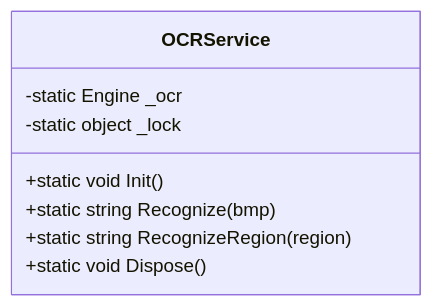
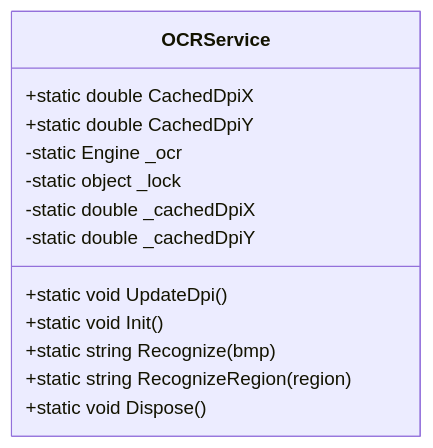
Before and after one commit to yooxii/ShaoLuAuto: the third of 7 diagrams in .qoder/repowiki/zh/content/图像识别引擎/OCR文字识别.md, drawn with Mermaid. The commit also changed other lines of this file and 45 other files, not shown here.

````diff
--- a/.qoder/repowiki/zh/content/图像识别引擎/OCR文字识别.md
+++ b/.qoder/repowiki/zh/content/图像识别引擎/OCR文字识别.md
@@ -127,11 +152,16 @@
 ```mermaid
 classDiagram
 class OCRService {
++static double CachedDpiX
++static double CachedDpiY
++static void UpdateDpi()
 +static void Init()
 +static string Recognize(bmp)
 +static string RecognizeRegion(region)
 +static void Dispose()
 -static Engine _ocr
 -static object _lock
+-static double _cachedDpiX
+-static double _cachedDpiY
 }
 ```
````
